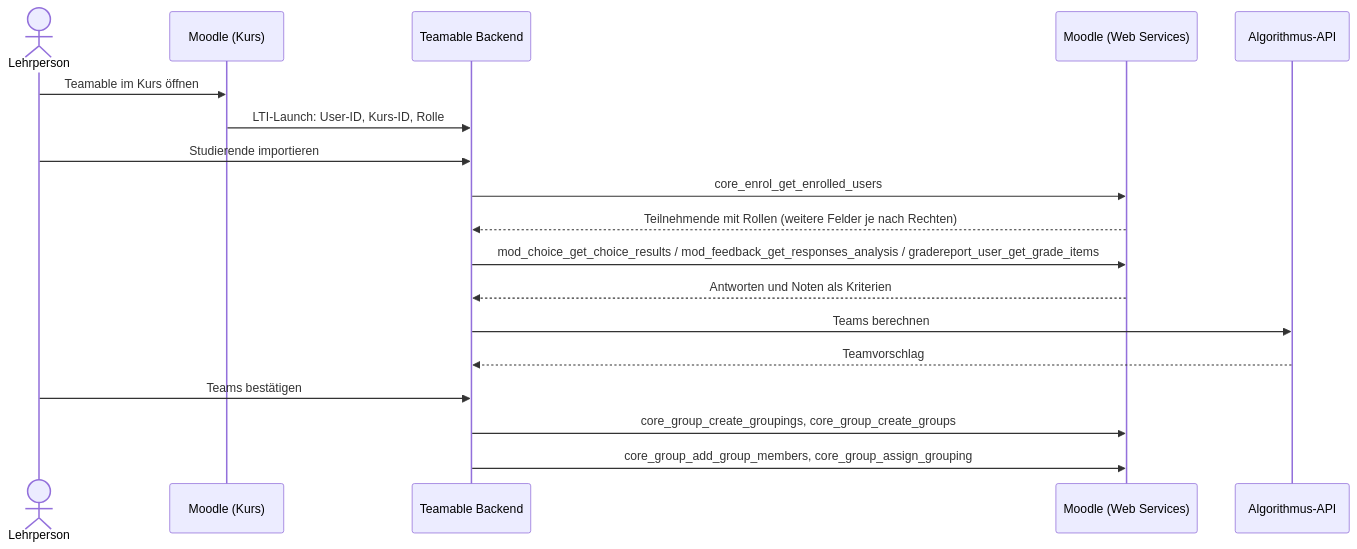
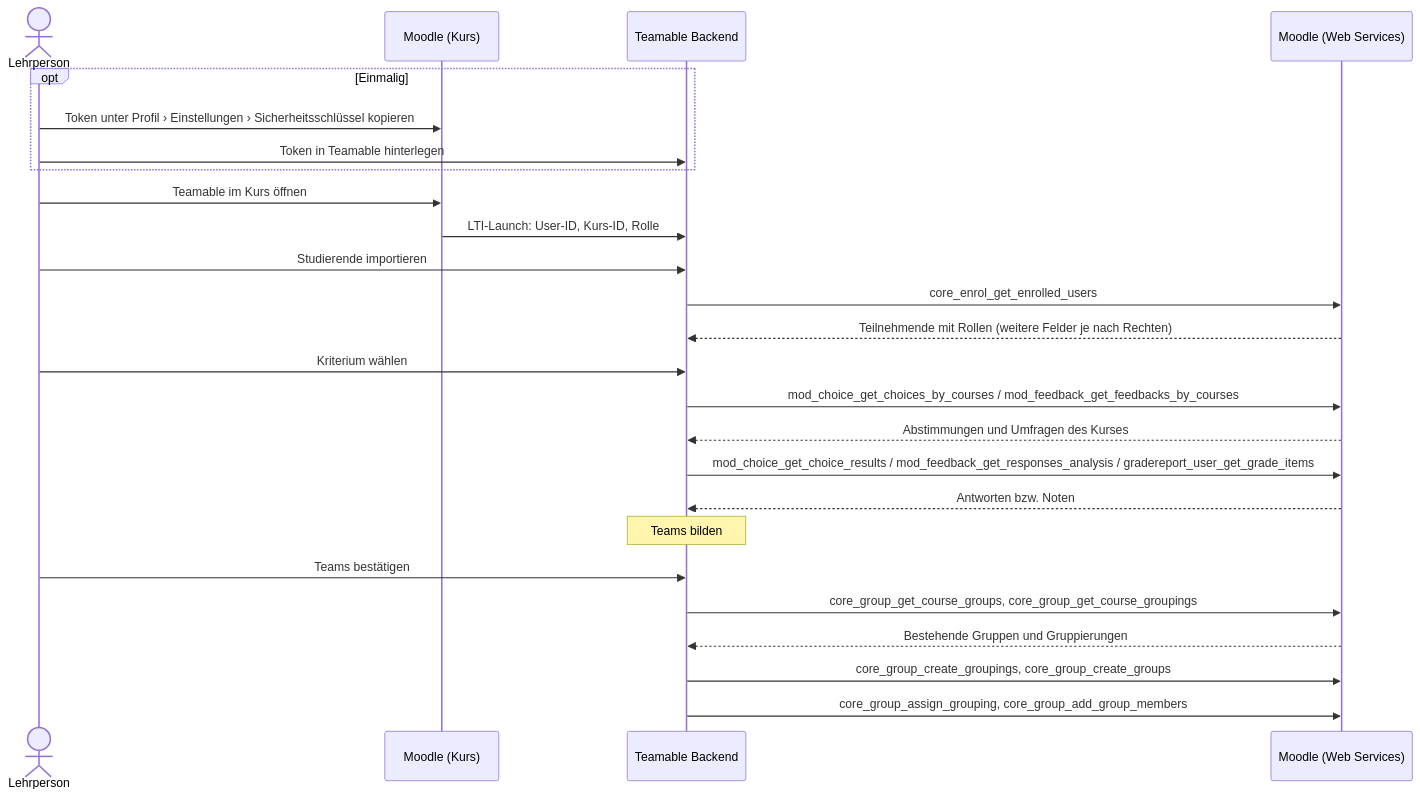
Before and after one commit to Teamprojekt-MSI-BIT-SS26/documentation: the diagram in docs/recherche/LMS-Anbindung/moodle-api.md, drawn with Mermaid. The commit also changed other lines of this file, not shown here.

First line of the commit message:
Moodle-API: Überarbeitung nach Review

````diff
--- a/docs/recherche/LMS-Anbindung/moodle-api.md
+++ b/docs/recherche/LMS-Anbindung/moodle-api.md
@@ -45,21 +65,28 @@
 ```mermaid
 sequenceDiagram
     actor L as Lehrperson
     participant ML as Moodle (Kurs)
     participant T as Teamable Backend
     participant M as Moodle (Web Services)
-    participant A as Algorithmus-API
 
+    opt Einmalig
+        L->>ML: Token unter Profil › Einstellungen › Sicherheitsschlüssel kopieren
+        L->>T: Token in Teamable hinterlegen
+    end
     L->>ML: Teamable im Kurs öffnen
     ML->>T: LTI-Launch: User-ID, Kurs-ID, Rolle
     L->>T: Studierende importieren
     T->>M: core_enrol_get_enrolled_users
     M-->>T: Teilnehmende mit Rollen (weitere Felder je nach Rechten)
+    L->>T: Kriterium wählen
+    T->>M: mod_choice_get_choices_by_courses / mod_feedback_get_feedbacks_by_courses
+    M-->>T: Abstimmungen und Umfragen des Kurses
     T->>M: mod_choice_get_choice_results / mod_feedback_get_responses_analysis / gradereport_user_get_grade_items
-    M-->>T: Antworten und Noten als Kriterien
-    T->>A: Teams berechnen
-    A-->>T: Teamvorschlag
+    M-->>T: Antworten bzw. Noten
+    Note over T: Teams bilden
     L->>T: Teams bestätigen
+    T->>M: core_group_get_course_groups, core_group_get_course_groupings
+    M-->>T: Bestehende Gruppen und Gruppierungen
     T->>M: core_group_create_groupings, core_group_create_groups
-    T->>M: core_group_add_group_members, core_group_assign_grouping
+    T->>M: core_group_assign_grouping, core_group_add_group_members
 ```
````
